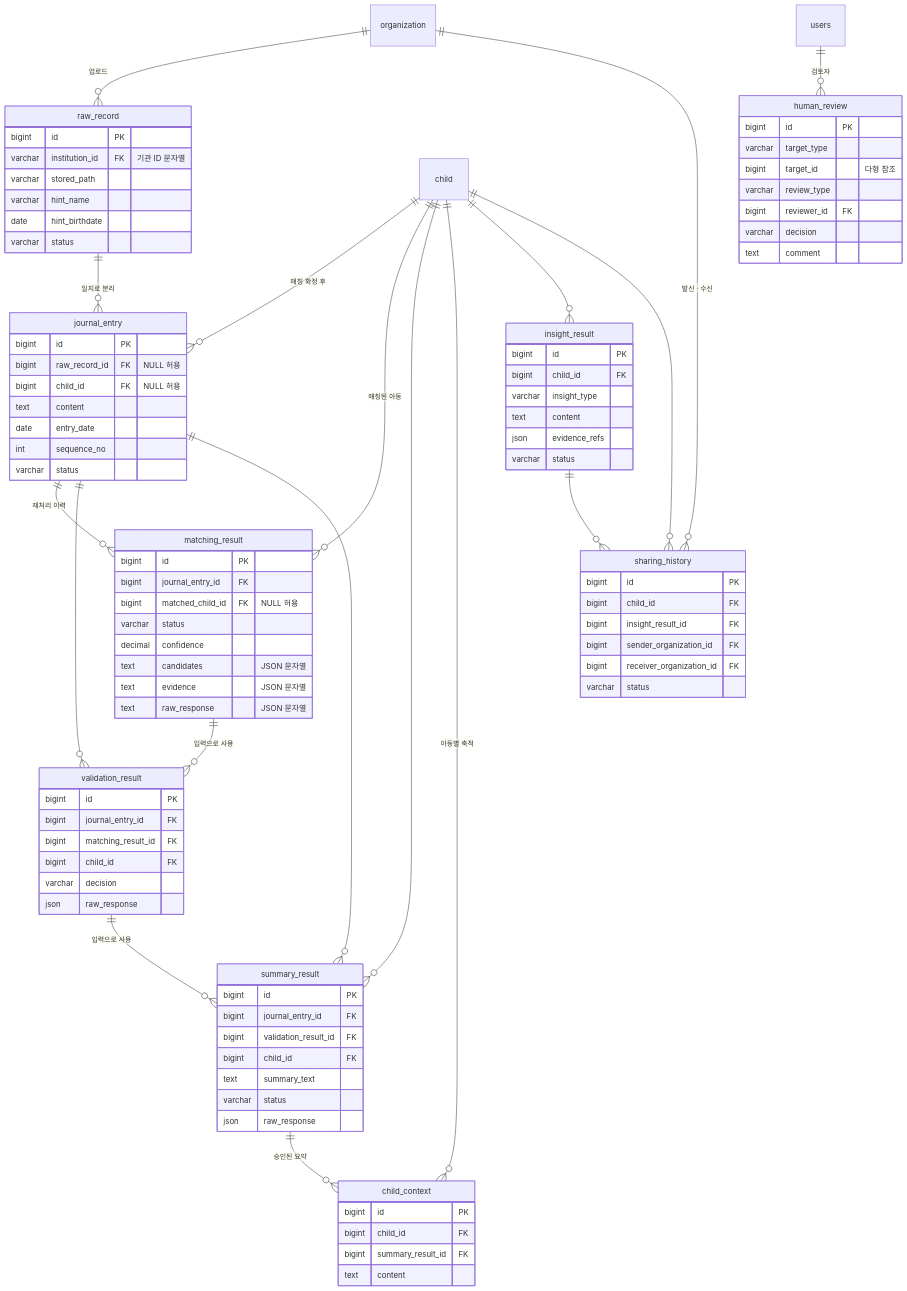
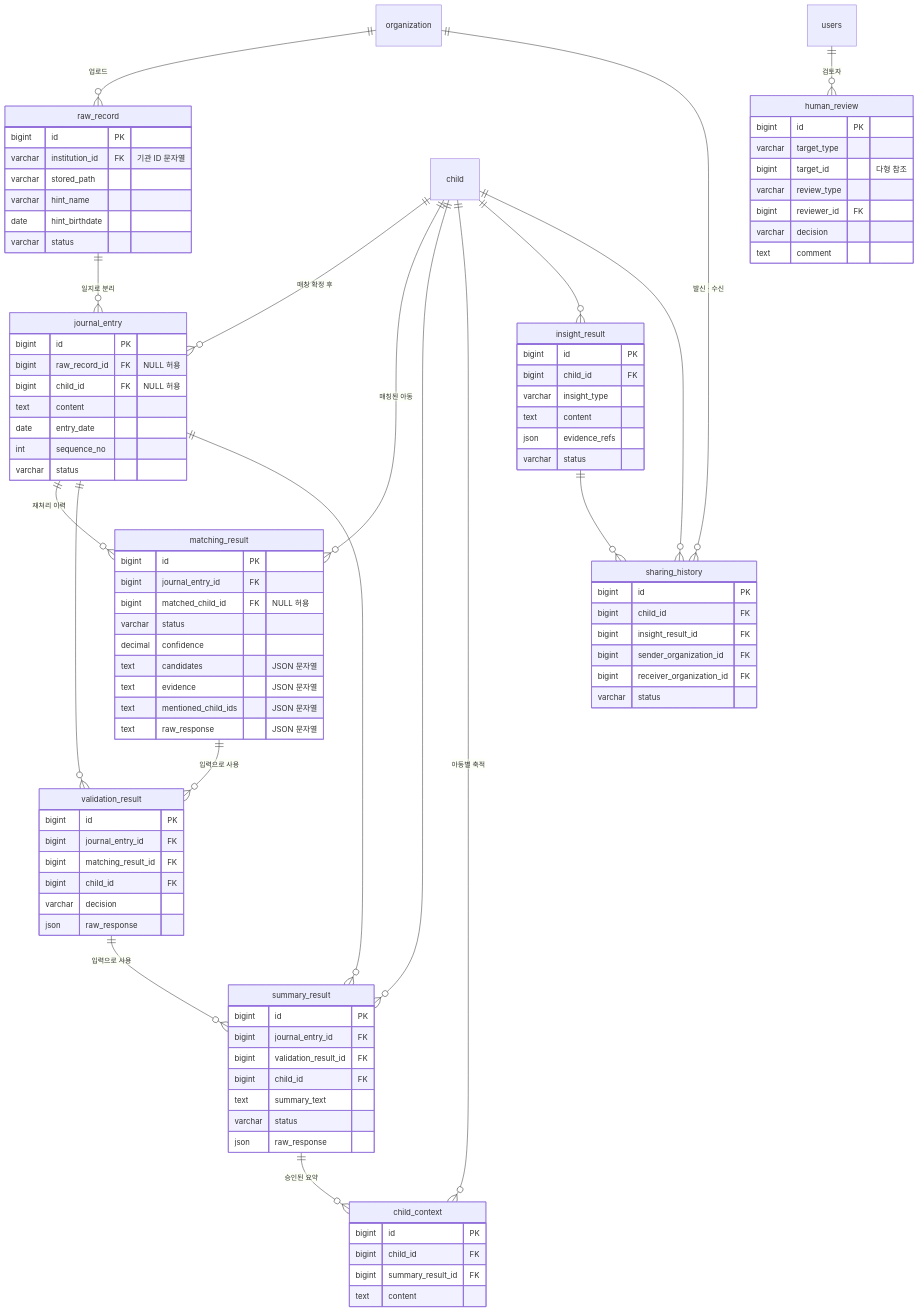
The second of 2 diagrams in docs/db/schema.md (kakaotechcampus-4/ktc4-kyungpook-2), drawn with Mermaid before and after one commit. The commit also changed other lines of this file and 7 other files, not shown here.

```diff
--- a/docs/db/schema.md
+++ b/docs/db/schema.md
@@ -183,6 +183,7 @@
         decimal confidence
         text candidates "JSON 문자열"
         text evidence "JSON 문자열"
+        text mentioned_child_ids "JSON 문자열"
         text raw_response "JSON 문자열"
     }
     validation_result {
```
